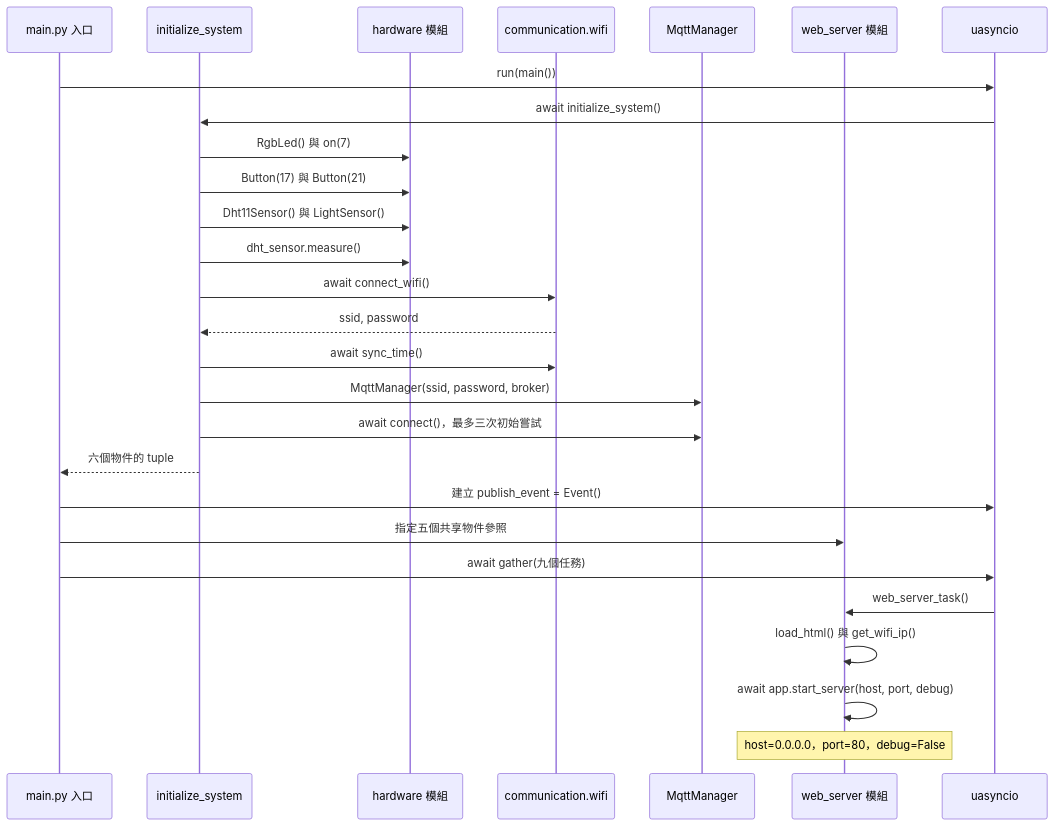
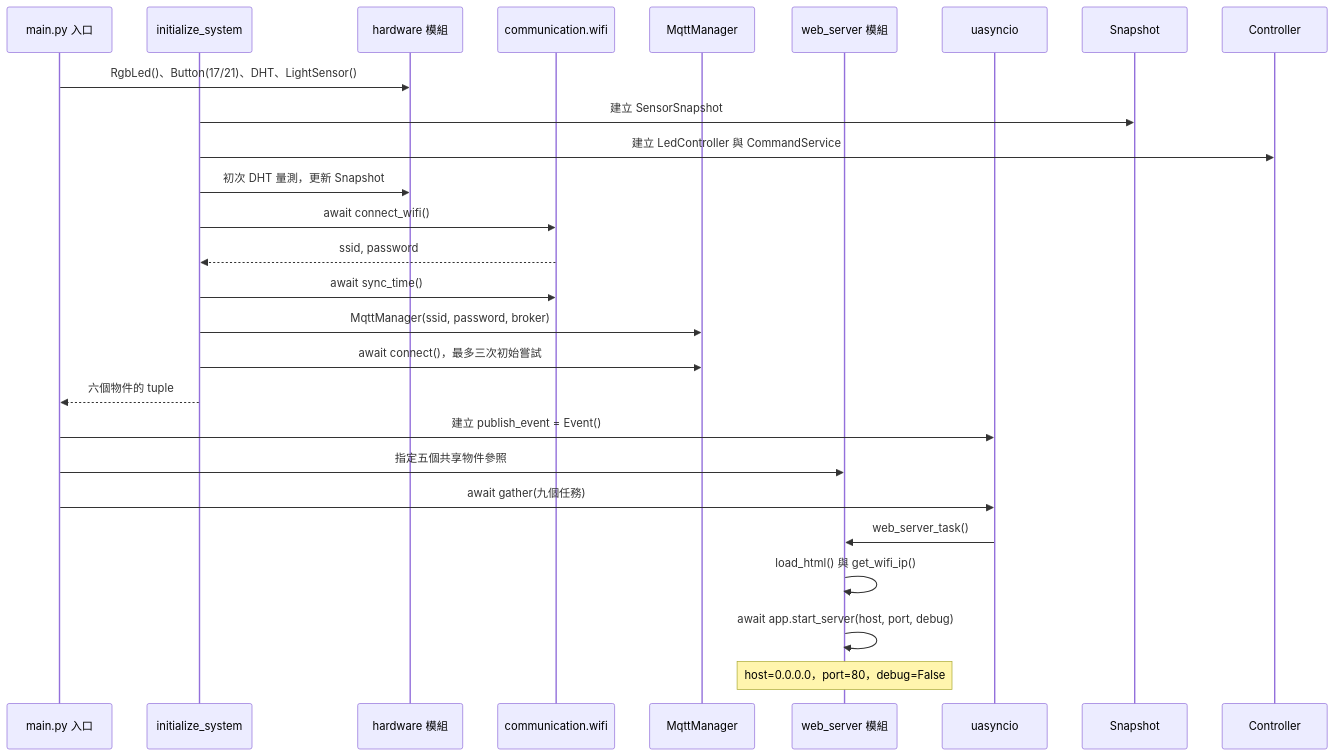
One commit to change918418-tech/IoT_Course changed the second of 12 diagrams in WEB_UI_EXECUTION_GUIDE.md. Above: the diagram before and after it, drawn with Mermaid. The commit also changed other lines of this file and 25 other files, not shown here.

Commit message:
feat: integrate P1 sensor and LED command services

````diff
--- a/WEB_UI_EXECUTION_GUIDE.md
+++ b/WEB_UI_EXECUTION_GUIDE.md
@@ -61,29 +61,27 @@
 ```mermaid
 sequenceDiagram
     participant Entry as main.py 入口
     participant Init as initialize_system
     participant HW as hardware 模組
     participant WiFi as communication.wifi
     participant MQTT as MqttManager
     participant Web as web_server 模組
     participant Scheduler as uasyncio
-    Entry->>Scheduler: run(main())
-    Scheduler->>Init: await initialize_system()
-    Init->>HW: RgbLed() 與 on(7)
-    Init->>HW: Button(17) 與 Button(21)
-    Init->>HW: Dht11Sensor() 與 LightSensor()
-    Init->>HW: dht_sensor.measure()
+    Entry->>HW: RgbLed()、Button(17/21)、DHT、LightSensor()
+    Init->>Snapshot: 建立 SensorSnapshot
+    Init->>Controller: 建立 LedController 與 CommandService
+    Init->>HW: 初次 DHT 量測，更新 Snapshot
     Init->>WiFi: await connect_wifi()
     WiFi-->>Init: ssid, password
     Init->>WiFi: await sync_time()
     Init->>MQTT: MqttManager(ssid, password, broker)
     Init->>MQTT: await connect()，最多三次初始嘗試
     Init-->>Entry: 六個物件的 tuple
     Entry->>Scheduler: 建立 publish_event = Event()
     Entry->>Web: 指定五個共享物件參照
     Entry->>Scheduler: await gather(九個任務)
     Scheduler->>Web: web_server_task()
     Web->>Web: load_html() 與 get_wifi_ip()
     Web->>Web: await app.start_server(host, port, debug)
     Note over Web: host=0.0.0.0，port=80，debug=False
 ```
````
